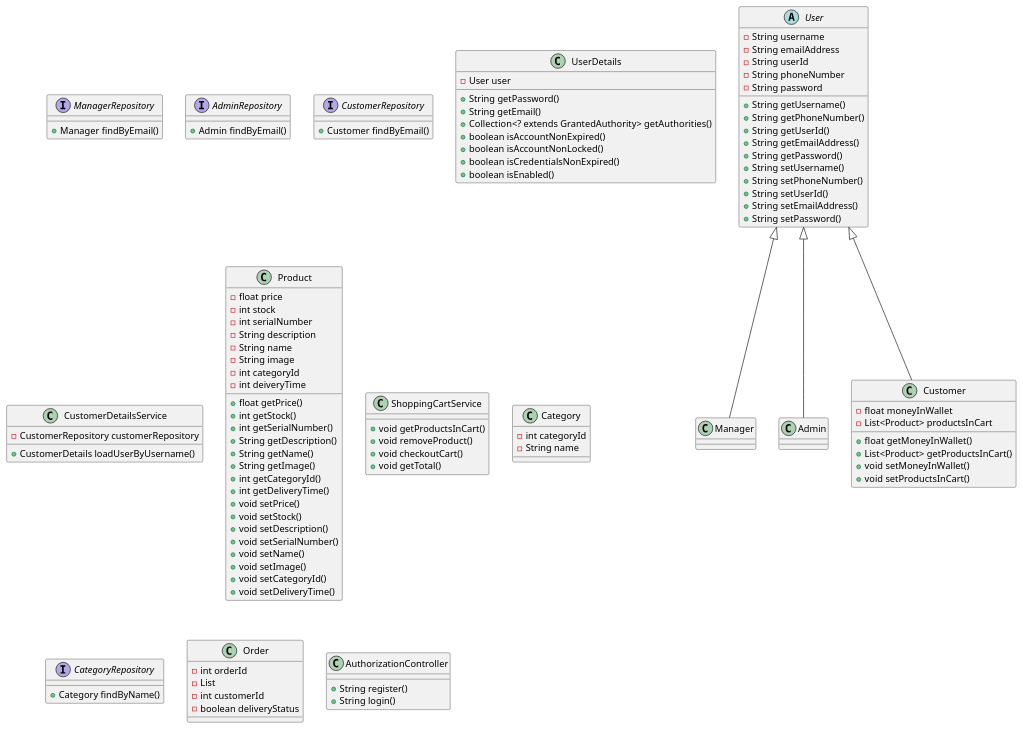
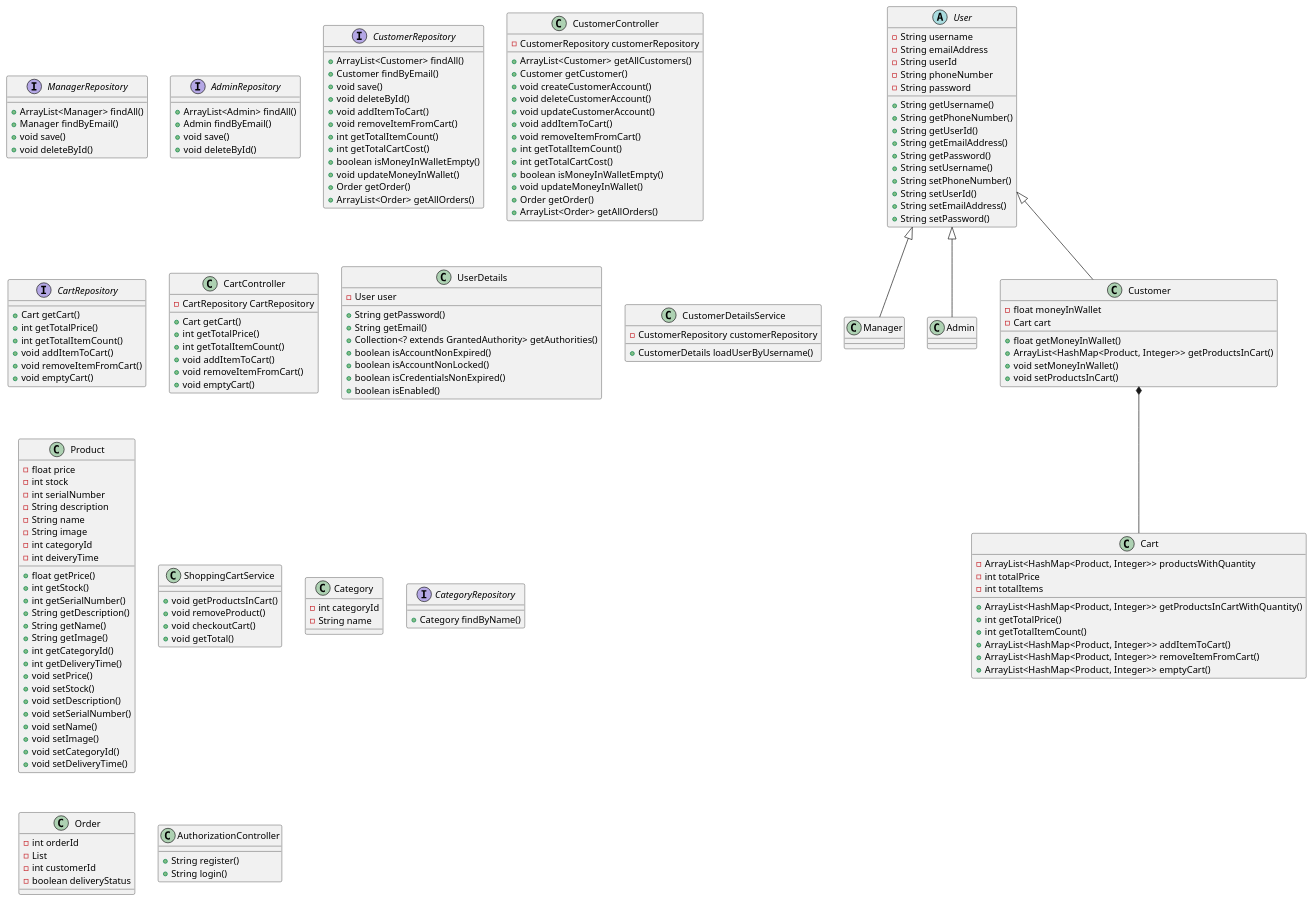
The diagram in docs/diagrams/src/Backend.wsd (pnicto/CSF213-Mini-Project), drawn with PlantUML before and after one commit. The commit also changed 2 other files, not shown here.

Commit message:
Customer UML

```diff
--- a/docs/diagrams/src/Backend.wsd
+++ b/docs/diagrams/src/Backend.wsd
@@ -33,8 +33,13 @@
   ' +void generateReports()
 }
 
+' This extends JPA repository
 interface ManagerRepository{
+  +ArrayList<Manager> findAll()
   +Manager findByEmail()
+  +void save()
+  +void deleteById()
+
 }
 
 ' TODO:Same as manager what do?
@@ -43,24 +48,93 @@
   ' +void deleteManager()
 }
 
+' This extends JPA repository
 interface AdminRepository {
+  +ArrayList<Admin> findAll()
   +Admin findByEmail()
+  +void save()
+  +void deleteById()
 }
 
 ' Need to check this
 class Customer Extends User{
   -float moneyInWallet
-  -List<Product> productsInCart
+  -Cart cart
 
   +float getMoneyInWallet()
-  +List<Product> getProductsInCart()
+  +ArrayList<HashMap<Product, Integer>> getProductsInCart()
   +void setMoneyInWallet()
-  +void setProductsInCart()
+  +void setProductsInCart() 
+}
+
+class Cart {
+  -ArrayList<HashMap<Product, Integer>> productsWithQuantity
+  -int totalPrice
+  -int totalItems
+
+  +ArrayList<HashMap<Product, Integer>> getProductsInCartWithQuantity()
+  +int getTotalPrice()
+  +int getTotalItemCount()
+  +ArrayList<HashMap<Product, Integer>> addItemToCart()
+  +ArrayList<HashMap<Product, Integer>> removeItemFromCart()
+  +ArrayList<HashMap<Product, Integer>> emptyCart()
+}
+
+Customer *-- Cart
+
+' This extends JPA repository
+interface CustomerRepository{
+  +ArrayList<Customer> findAll()
+	+Customer findByEmail()
+  +void save()
+  +void deleteById()
+  +void addItemToCart()
+  +void removeItemFromCart()
+  +int getTotalItemCount()
+  +int getTotalCartCost()
+  +boolean isMoneyInWalletEmpty()
+  +void updateMoneyInWallet()
+  +Order getOrder()
+  +ArrayList<Order> getAllOrders()
+}
+
+class CustomerController {
+  -CustomerRepository customerRepository
+  
+  +ArrayList<Customer> getAllCustomers()
+  +Customer getCustomer()
+  +void createCustomerAccount()
+  +void deleteCustomerAccount()
+  +void updateCustomerAccount()
+  +void addItemToCart()
+  +void removeItemFromCart()
+  +int getTotalItemCount()
+  +int getTotalCartCost()
+  +boolean isMoneyInWalletEmpty()
+  +void updateMoneyInWallet()
+  +Order getOrder()
+  +ArrayList<Order> getAllOrders()
 }
 
 ' This extends JPA repository
-interface CustomerRepository{
-	+Customer findByEmail()
+interface CartRepository {
+  +Cart getCart()
+  +int getTotalPrice()
+  +int getTotalItemCount()
+  +void addItemToCart()
+  +void removeItemFromCart()
+  +void emptyCart()
+}
+
+class CartController {
+  -CartRepository CartRepository
+
+  +Cart getCart()
+  +int getTotalPrice()
+  +int getTotalItemCount()
+  +void addItemToCart()
+  +void removeItemFromCart()
+  +void emptyCart()
 }
 
 ' This extends "UserDetails" from spring security
```
